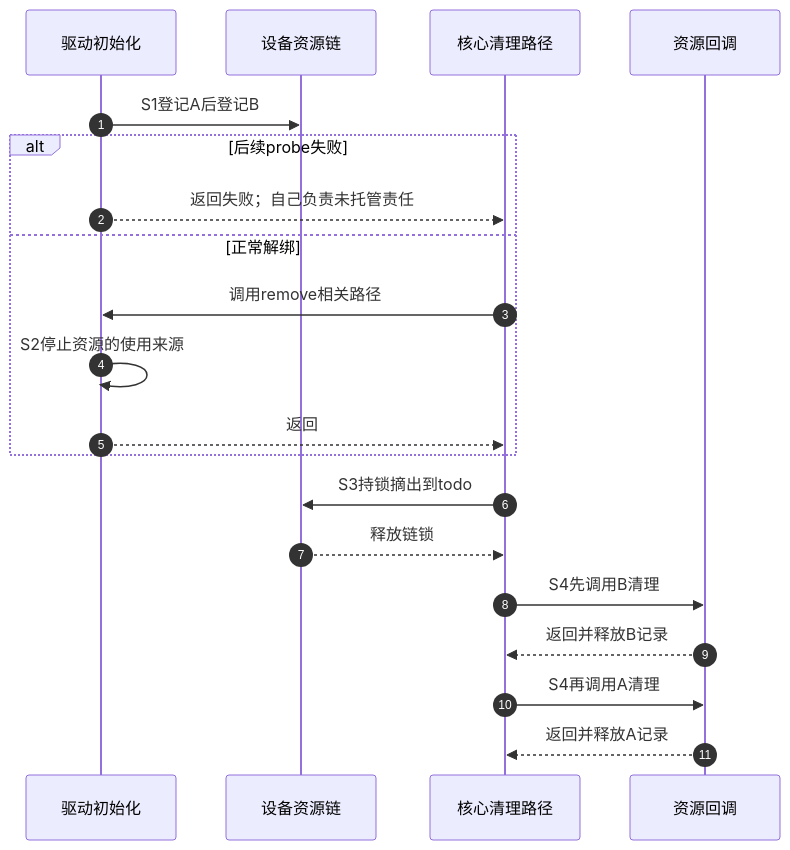
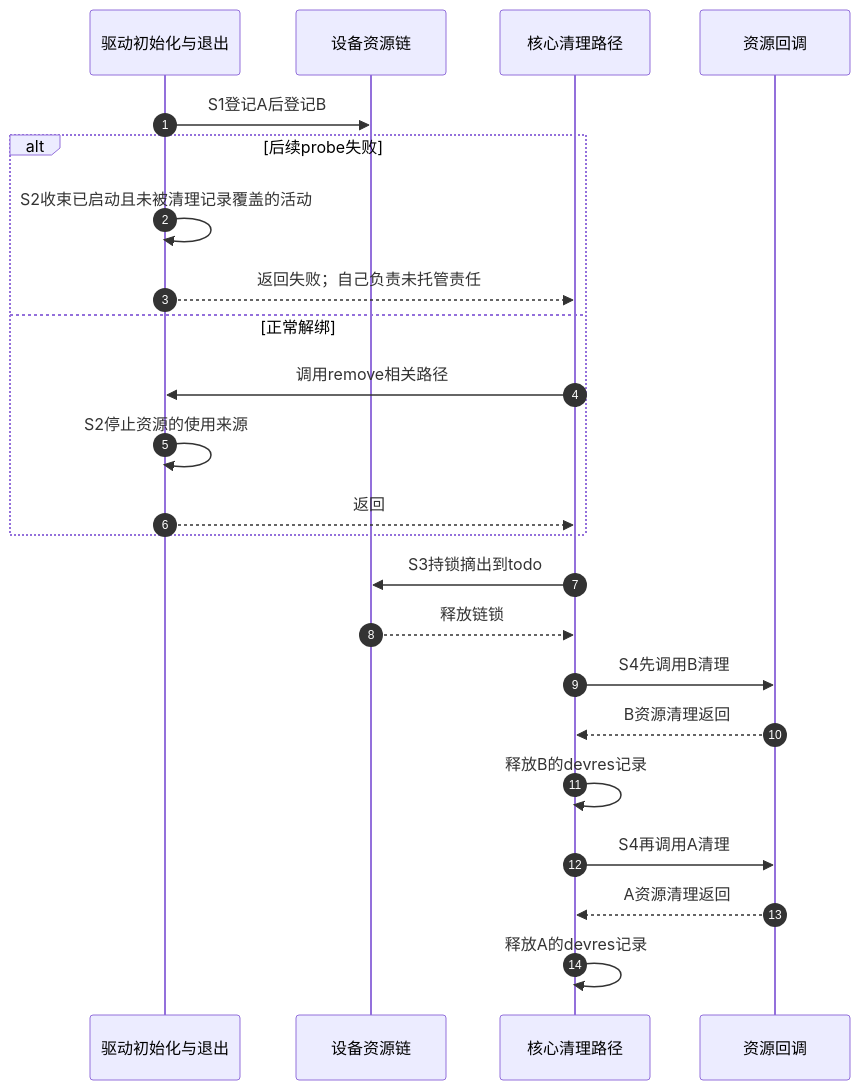
One commit to FormingSystem/linux_note changed the second of 2 diagrams in knowledge/linux/object_lifetime/devres/P01_从失败回滚到设备资源账本.md. Above: the diagram before and after it, drawn with Mermaid. The commit also changed other lines of this file and 3 other files, not shown here.

````diff
--- a/knowledge/linux/object_lifetime/devres/P01_从失败回滚到设备资源账本.md
+++ b/knowledge/linux/object_lifetime/devres/P01_从失败回滚到设备资源账本.md
@@ -54,22 +54,25 @@
 ```mermaid
 sequenceDiagram
     autonumber
-    participant P as 驱动初始化
+    participant P as 驱动初始化与退出
     participant L as 设备资源链
     participant C as 核心清理路径
     participant R as 资源回调
     P->>L: S1登记A后登记B
     alt 后续probe失败
+        P->>P: S2收束已启动且未被清理记录覆盖的活动
         P-->>C: 返回失败；自己负责未托管责任
     else 正常解绑
         C->>P: 调用remove相关路径
         P->>P: S2停止资源的使用来源
         P-->>C: 返回
     end
     C->>L: S3持锁摘出到todo
     L-->>C: 释放链锁
     C->>R: S4先调用B清理
-    R-->>C: 返回并释放B记录
+    R-->>C: B资源清理返回
+    C->>C: 释放B的devres记录
     C->>R: S4再调用A清理
-    R-->>C: 返回并释放A记录
+    R-->>C: A资源清理返回
+    C->>C: 释放A的devres记录
 ```
````
